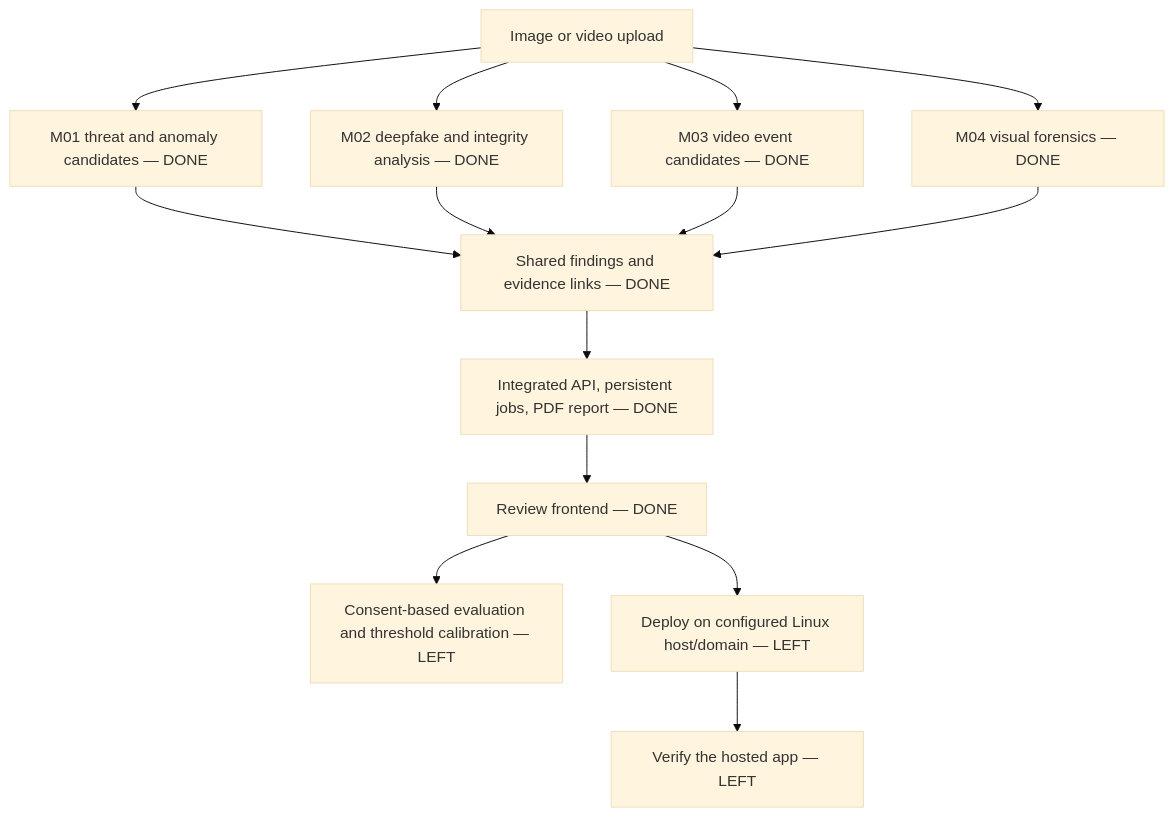
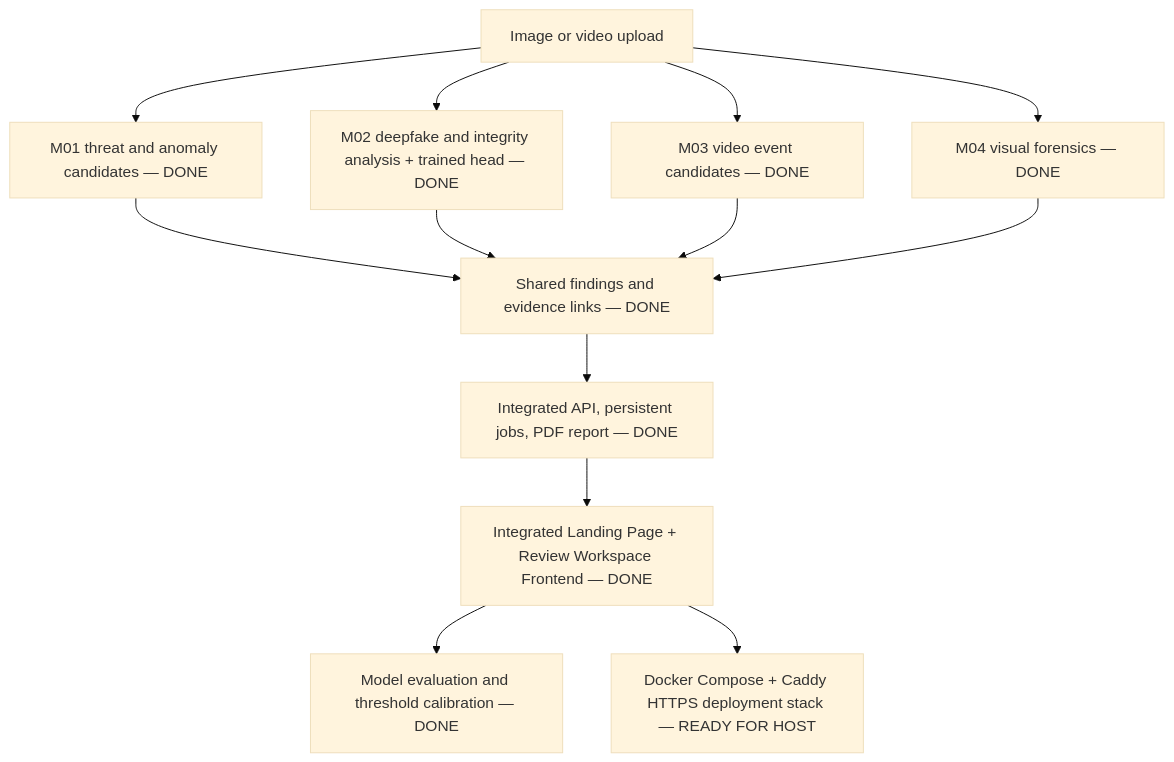
Before and after one commit to Raghav-prog-max/Deep-Shield: the diagram in PROJECT_STATUS.md, drawn with Mermaid (base theme). The commit also changed other lines of this file and 27 other files, not shown here.

Commit message:
Complete M01-M04 evaluation, M02 trained face head, and integrated Bennett landing + review frontend

````diff
--- a/PROJECT_STATUS.md
+++ b/PROJECT_STATUS.md
@@ -11,16 +11,15 @@
 ```mermaid
 flowchart TD
     A[Image or video upload] --> B[M01 threat and anomaly candidates — DONE]
-    A --> C[M02 deepfake and integrity analysis — DONE]
+    A --> C[M02 deepfake and integrity analysis + trained head — DONE]
     A --> D[M03 video event candidates — DONE]
     A --> E[M04 visual forensics — DONE]
     B --> F[Shared findings and evidence links — DONE]
     C --> F
     D --> F
     E --> F
     F --> G[Integrated API, persistent jobs, PDF report — DONE]
-    G --> H[Review frontend — DONE]
-    H --> I[Consent-based evaluation and threshold calibration — LEFT]
-    H --> J[Deploy on configured Linux host/domain — LEFT]
-    J --> K[Verify the hosted app — LEFT]
+    G --> H[Integrated Landing Page + Review Workspace Frontend — DONE]
+    H --> I[Model evaluation and threshold calibration — DONE]
+    H --> J[Docker Compose + Caddy HTTPS deployment stack — READY FOR HOST]
 ```
````
